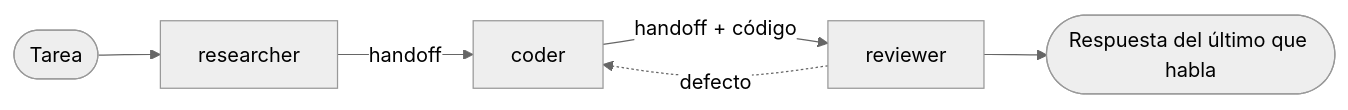
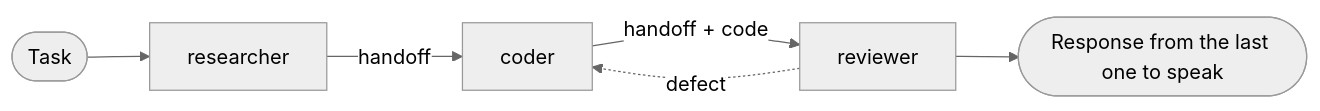
One commit to eider404/agent-architectures changed the diagram in strands-agents/08-agent-swarm/README.md. Above: the diagram before and after it, drawn with Mermaid (neutral theme). The commit also changed other lines of this file and 13 other files, not shown here.

````diff
--- a/strands-agents/08-agent-swarm/README.md
+++ b/strands-agents/08-agent-swarm/README.md
@@ -13,8 +13,8 @@
 ```mermaid
 flowchart LR
-    U(["Tarea"]) --> RS["researcher"]
+    U(["Task"]) --> RS["researcher"]
     RS -->|"handoff"| C["coder"]
-    C -->|"handoff + código"| RV["reviewer"]
-    RV -.->|"defecto"| C
-    RV --> A(["Respuesta del último que habla"])
+    C -->|"handoff + code"| RV["reviewer"]
+    RV -.->|"defect"| C
+    RV --> A(["Response from the last one to speak"])
 ```
````
